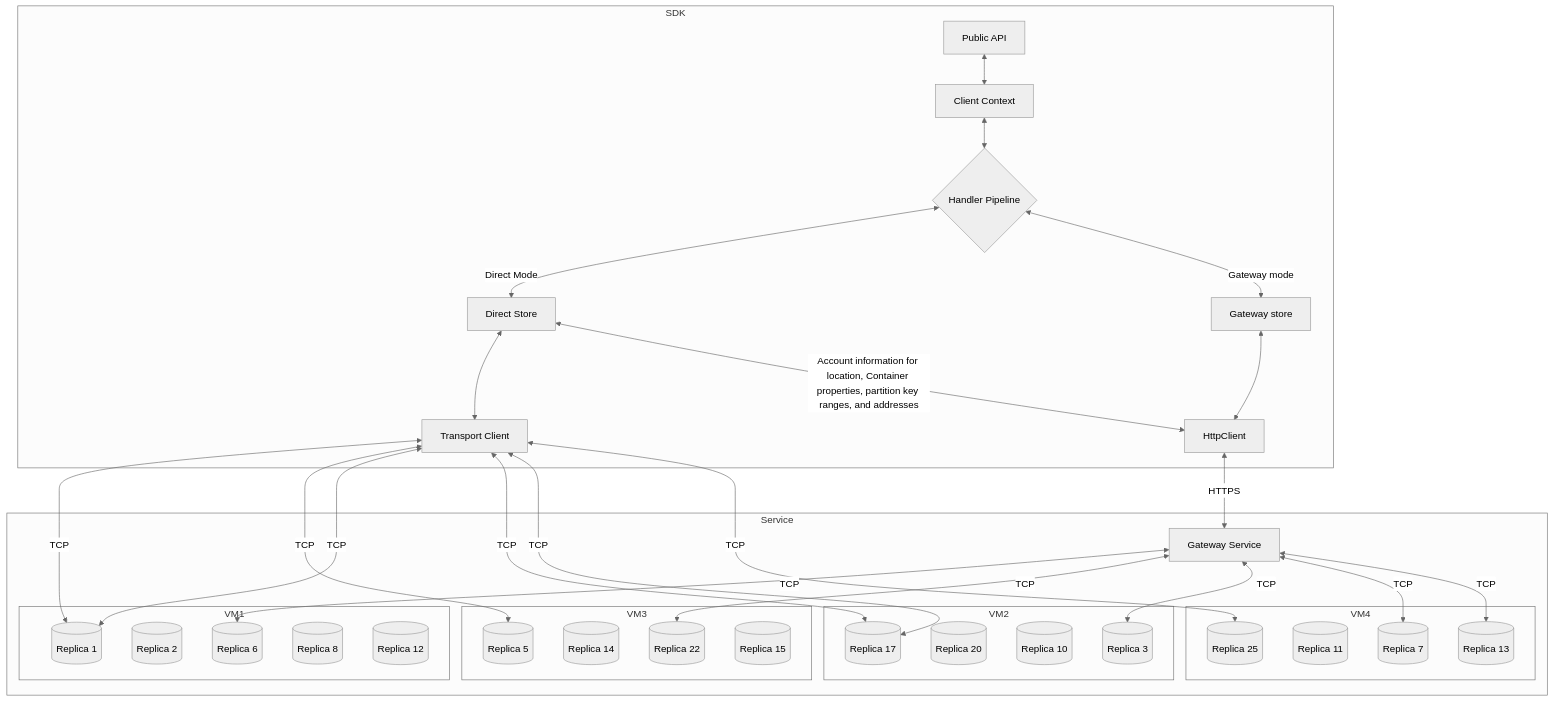
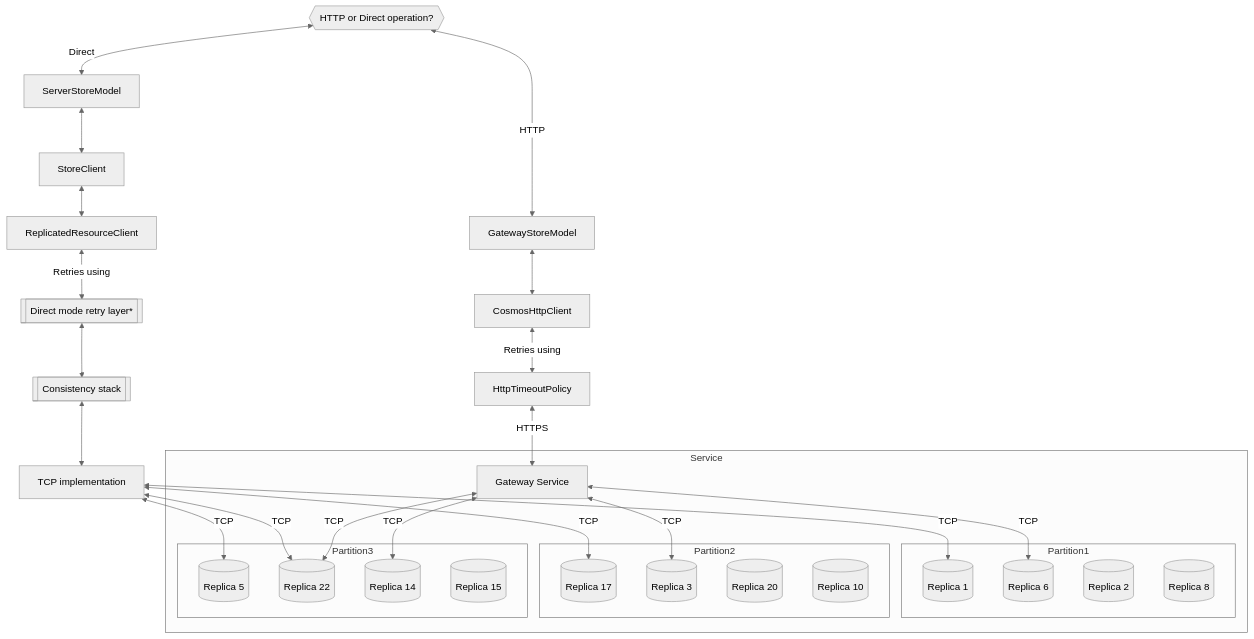
Before and after one commit to Azure/azure-cosmos-dotnet-v3: the third of 3 diagrams in docs/SdkDesign.md, drawn with Mermaid (neutral theme). The commit also changed other lines of this file, not shown here.

Commit message:
Initial graph

````diff
--- a/docs/SdkDesign.md
+++ b/docs/SdkDesign.md
@@ -1,62 +51,50 @@
 ```mermaid
 flowchart
+    Start{{HTTP or Direct operation?}}
+        Start <-- HTTP --> GatewayStoreModel
+        Start <-- Direct --> ServerStoreModel
+        
+        TCPClient <-- TCP --> R1
+        TCPClient <-- TCP --> R5
+        TCPClient <-- TCP --> R17
+        TCPClient <-- TCP --> R22
+
+        GatewayService <-- TCP --> R6
+        GatewayService <-- TCP --> R22
+        GatewayService <-- TCP --> R3
+        GatewayService <-- TCP --> R14
+
+        ServerStoreModel <--> StoreClient
+        StoreClient <--> ReplicatedResourceClient
+        ReplicatedResourceClient <-- Retries using --> DirectRetry[[Direct mode retry layer*]]
+        DirectRetry <--> Consistency[[Consistency stack]]
+        Consistency <--> TCPClient[TCP implementation]
+
+        GatewayStoreModel <--> CosmosHttpClient
+        CosmosHttpClient <-- Retries using --> HttpTimeoutPolicy
+        HttpTimeoutPolicy <-- HTTPS --> GatewayService
     subgraph Service
-        subgraph VM1
+        subgraph Partition1
             R1[(Replica 1)]
             R2[(Replica 2)]
             R6[(Replica 6)]
             R8[(Replica 8)]
-            R12[(Replica 12)]
         end
-        subgraph VM2
+        subgraph Partition2
             R3[(Replica 3)]
             R20[(Replica 20)]
             R10[(Replica 10)]
             R17[(Replica 17)]
             
         end
-        subgraph VM3
+        subgraph Partition3
             R5[(Replica 5)]
             R14[(Replica 14)]
             R22[(Replica 22)]
             R15[(Replica 15)]
             
         end
-        subgraph VM4
-            R7[(Replica 7)]
-            R11[(Replica 11)]
-            R13[(Replica 13)]
-            R25[(Replica 25)]
-            
-        end
         GatewayService[Gateway Service]
-    end
-    subgraph SDK
-        Direct[Direct Store]
-        PublicApi[Public API]
-        PublicApi <--> ClientContext[Client Context]
-        ClientContext <--> Pipeline{Handler Pipeline}
-        Pipeline <-- Direct Mode --> Direct
-        Direct <--> TransportClient[Transport Client]
-        
-        TransportClient <-- TCP --> R1
-        TransportClient <-- TCP --> R5
-        TransportClient <-- TCP --> R1
-        TransportClient <-- TCP --> R17
-        TransportClient <-- TCP --> R17
-        TransportClient <-- TCP --> R25
-
-        GatewayService <-- TCP --> R6
-        GatewayService <-- TCP --> R22
-        GatewayService <-- TCP --> R3
-        GatewayService <-- TCP --> R7
-        GatewayService <-- TCP --> R13
-
-        Pipeline <-- Gateway mode --> GatewayStore[Gateway store]
-
-        GatewayStore <--> HttpClient[HttpClient]
-        Direct <-- Account information for location, Container properties, partition key ranges, and addresses --> HttpClient[HttpClient]
-        HttpClient <-- HTTPS --> GatewayService
     end
 
 ```
````
